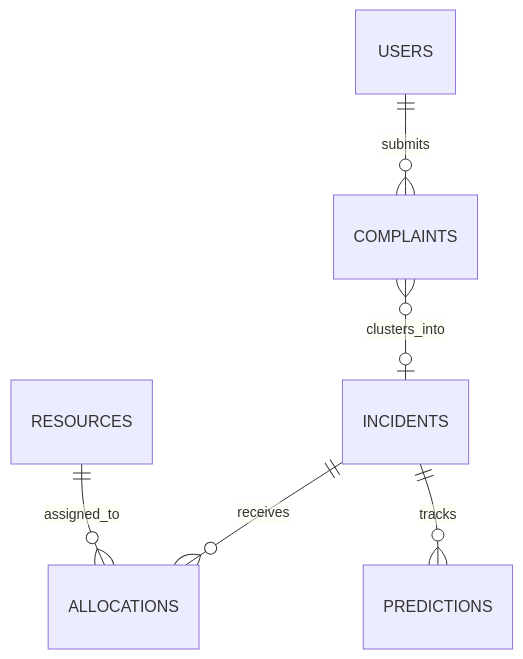
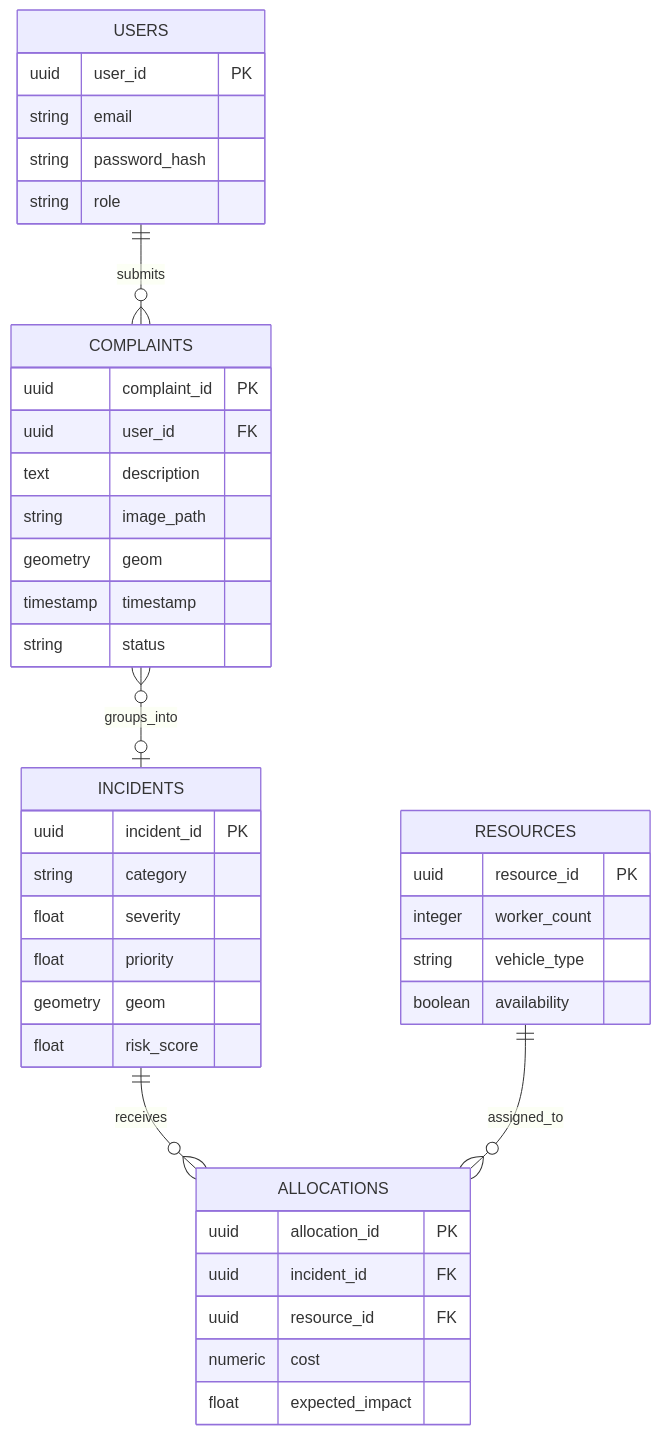
One commit to Sanjay-Mathivanan/DecisionOS changed the diagram in docs/10-database/03-entity-relationships.md. Above: the diagram before and after it, drawn with Mermaid. The commit also changed other lines of this file, not shown here.

Commit message:
Docs: Enhance Folder 10-database ER diagram with detailed fields, PKs, FKs, and relationships

````diff
--- a/docs/10-database/03-entity-relationships.md
+++ b/docs/10-database/03-entity-relationships.md
@@ -13,8 +12,44 @@
 ```mermaid
 erDiagram
+    USERS {
+        uuid user_id PK
+        string email
+        string password_hash
+        string role
+    }
+    COMPLAINTS {
+        uuid complaint_id PK
+        uuid user_id FK
+        text description
+        string image_path
+        geometry geom
+        timestamp timestamp
+        string status
+    }
+    INCIDENTS {
+        uuid incident_id PK
+        string category
+        float severity
+        float priority
+        geometry geom
+        float risk_score
+    }
+    RESOURCES {
+        uuid resource_id PK
+        integer worker_count
+        string vehicle_type
+        boolean availability
+    }
+    ALLOCATIONS {
+        uuid allocation_id PK
+        uuid incident_id FK
+        uuid resource_id FK
+        numeric cost
+        float expected_impact
+    }
+    
     USERS ||--o{ COMPLAINTS : submits
-    COMPLAINTS }o--o| INCIDENTS : clusters_into
+    COMPLAINTS }o--o| INCIDENTS : groups_into
     INCIDENTS ||--o{ ALLOCATIONS : receives
     RESOURCES ||--o{ ALLOCATIONS : assigned_to
-    INCIDENTS ||--o{ PREDICTIONS : tracks
 ```
````
